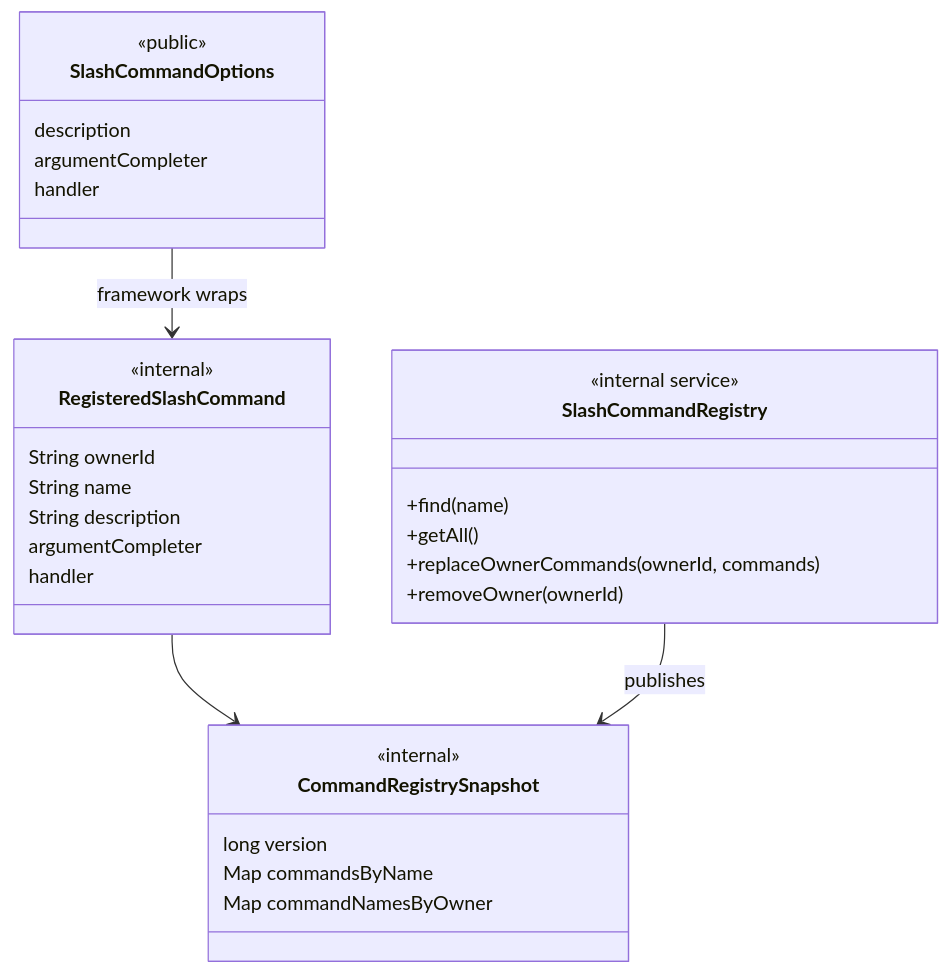
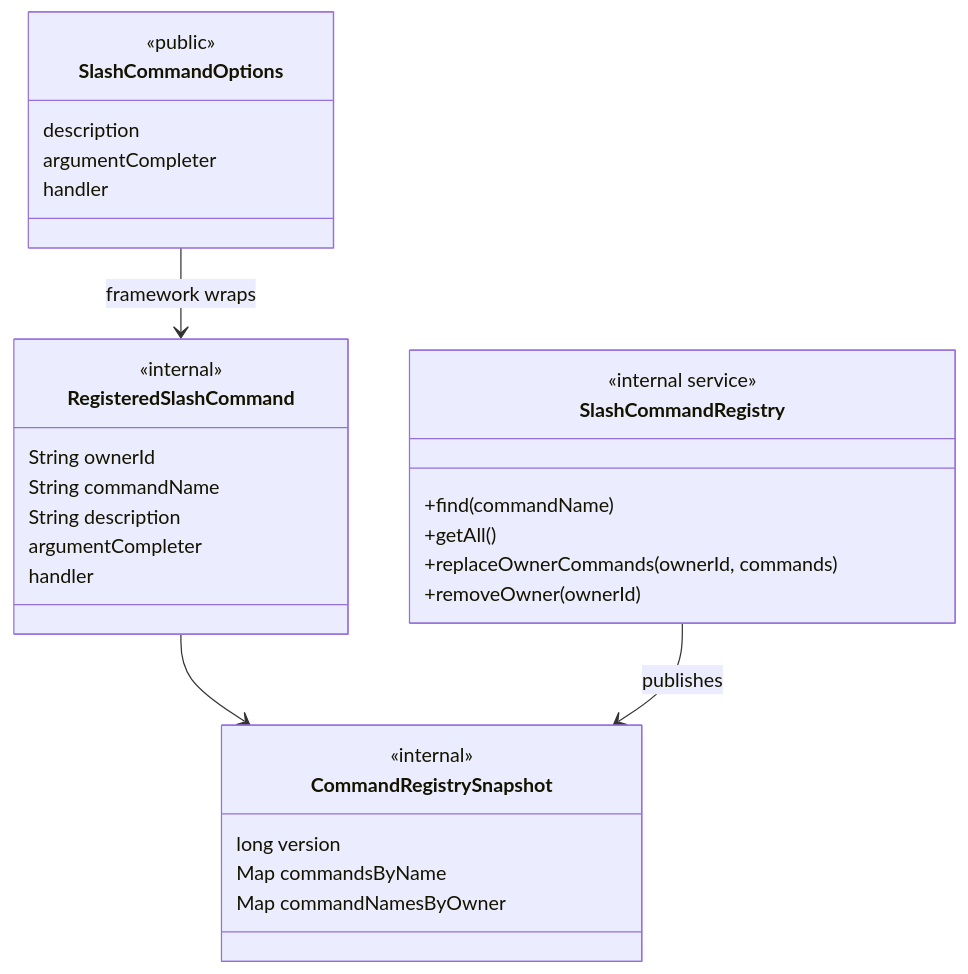
One commit to superheromeZzh/pi-mono-java-design changed the fifth of 20 diagrams in pi-mono-java-extension-command-SR设计.md. Above: the diagram before and after it, drawn with Mermaid. The commit also changed other lines of this file, not shown here.

Commit message:
docs: remove extension display name

````diff
--- a/pi-mono-java-extension-command-SR设计.md
+++ b/pi-mono-java-extension-command-SR设计.md
@@ -426,37 +403,37 @@
 ```mermaid
 classDiagram
     class SlashCommandOptions {
         <<public>>
         description
         argumentCompleter
         handler
     }
 
     class RegisteredSlashCommand {
         <<internal>>
         String ownerId
-        String name
+        String commandName
         String description
         argumentCompleter
         handler
     }
 
     class CommandRegistrySnapshot {
         <<internal>>
         long version
         Map commandsByName
         Map commandNamesByOwner
     }
 
     class SlashCommandRegistry {
         <<internal service>>
-        +find(name)
+        +find(commandName)
         +getAll()
         +replaceOwnerCommands(ownerId, commands)
         +removeOwner(ownerId)
     }
 
     SlashCommandOptions --> RegisteredSlashCommand : framework wraps
     RegisteredSlashCommand --> CommandRegistrySnapshot
     SlashCommandRegistry --> CommandRegistrySnapshot : publishes
 ```
````
